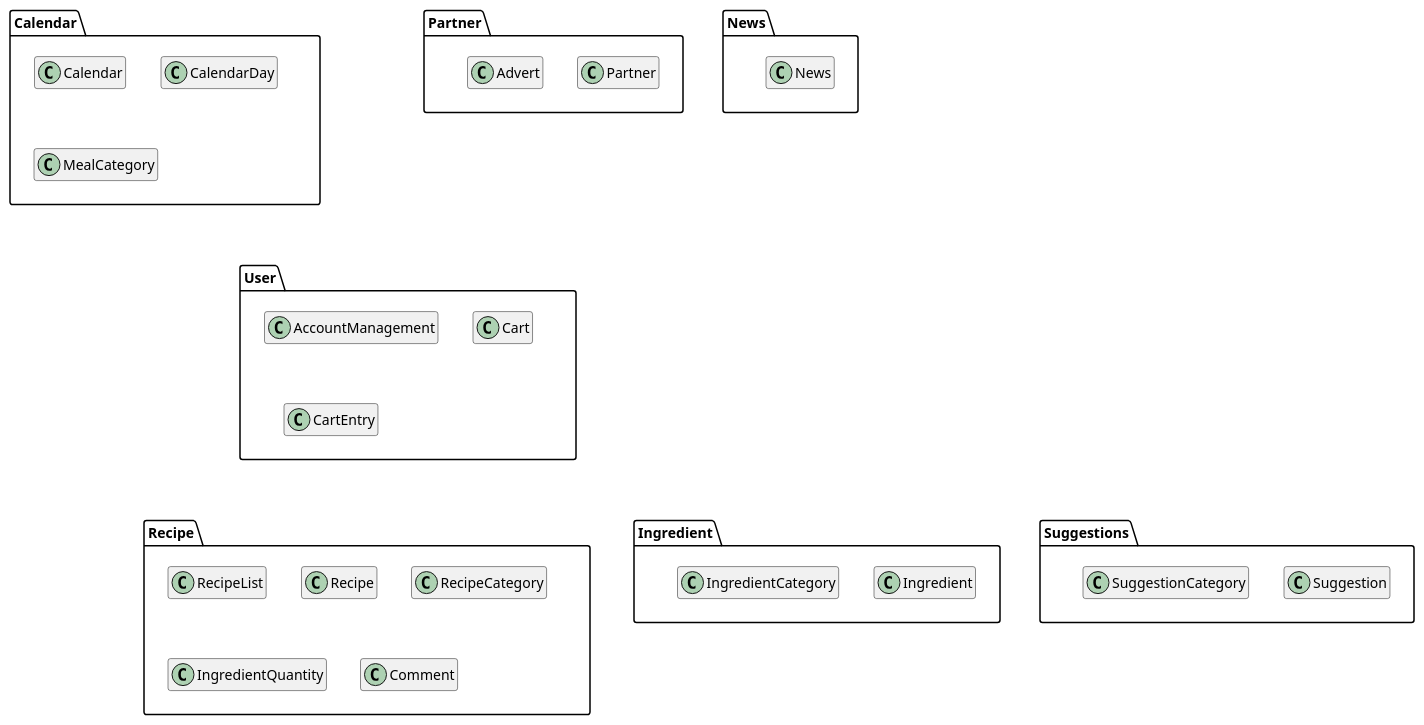
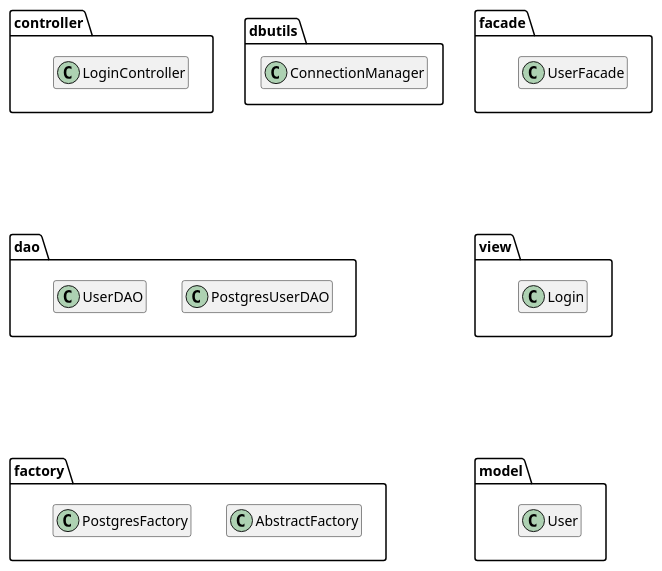
The diagram in doc/reports/prototype/plantuml/packageDiagram.plantuml (iusildra/WineCellar), drawn with PlantUML before and after one commit. The commit also changed 1 other file, not shown here.

Commit message:
Ajout diagrammes packages

```diff
--- a/doc/reports/prototype/plantuml/packageDiagram.plantuml
+++ b/doc/reports/prototype/plantuml/packageDiagram.plantuml
@@ -1,48 +1,37 @@
 @startuml packageDiagram
 hide empty members
-package User {
-  class AccountManagement
-  class Cart
-  class CartEntry
+package  controller{
+  class LoginController
 }
 
-package Recipe {
-  class RecipeList
-  class Recipe
-  class RecipeCategory
-  class IngredientQuantity
-  class Comment
+package dao{
+  class PostgresUserDAO
+  class UserDAO
 }
 
-package Ingredient {
-  class Ingredient
-  class IngredientCategory
+package dbutils{
+  class ConnectionManager
 }
 
-package Suggestions {
-  class Suggestion
-  class SuggestionCategory
+package facade{
+  class UserFacade
 }
 
-package Calendar {
-  class Calendar
-  class CalendarDay
-  class MealCategory
+package factory{
+  class AbstractFactory
+  class PostgresFactory
 }
 
-package Partner {
-  class Partner
-  class Advert
+package model{
+  class User
 }
 
-package News {
-  class News
+package view{
+  class Login
 }
+controller --[hidden]d-- dao
+facade --[hidden]d-- view
+dao --[hidden]d-- factory
+view --[hidden]d-- model
 
-User --[hidden]d-- Recipe
-User --[hidden]d-- Ingredient
-User --[hidden]d-- Suggestions
-User --[hidden]u-- Calendar
-User --[hidden]u-- Partner
-User --[hidden]u-- News
 @enduml
```
